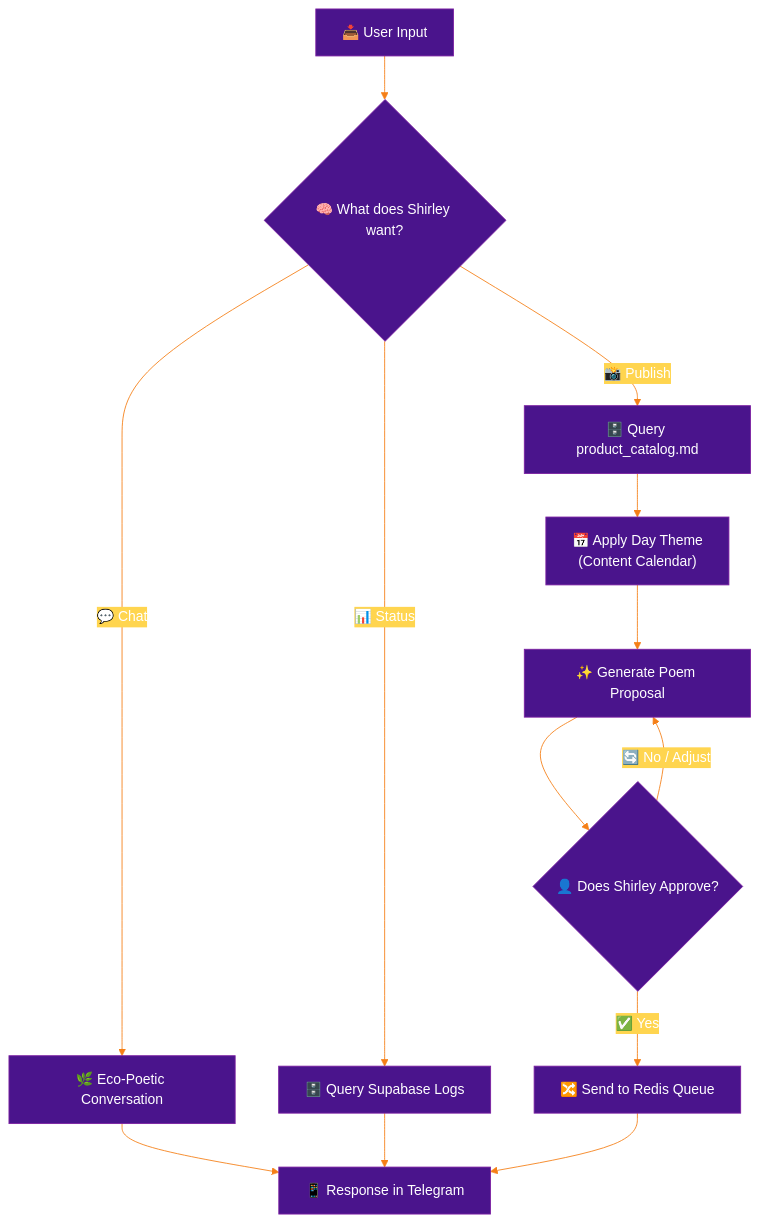
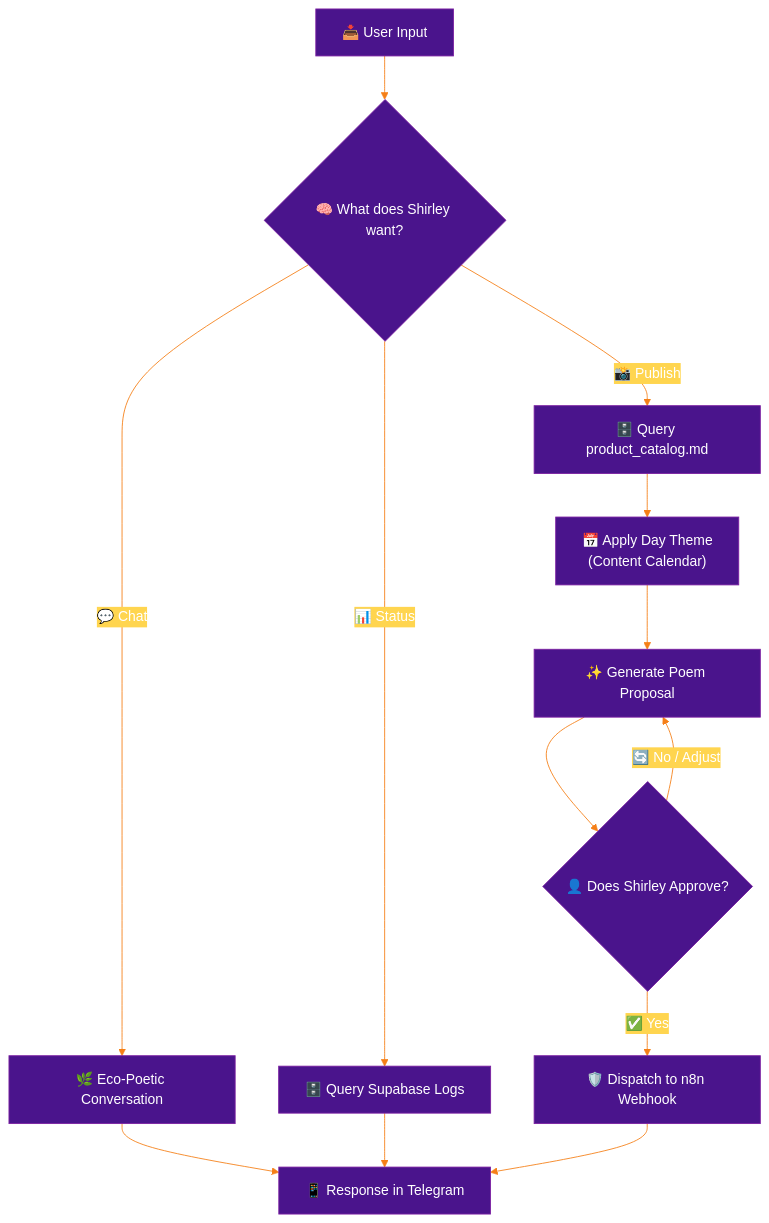
Before and after one commit to aleocampodev/LobsterMarketing: the third of 3 diagrams in specs/architecture.md, drawn with Mermaid. The commit also changed other lines of this file and 16 other files, not shown here.

First line of the commit message:
docs: remove Upstash Redis from architecture — direct HMAC webhook (ADR-003)

````diff
--- a/specs/architecture.md
+++ b/specs/architecture.md
@@ -141,31 +134,31 @@
 ```mermaid
 %%{init: {'theme': 'base', 'themeVariables': {
   'primaryColor': '#4A148C',
   'primaryTextColor': '#fff',
   'primaryBorderColor': '#7B1FA2',
   'lineColor': '#F57F17',
   'secondaryColor': '#FFD54F',
   'tertiaryColor': '#FFF8E1',
   'mainBkg': '#4A148C',
   'nodeBorder': '#7B1FA2',
   'clusterBkg': '#F3E5F5',
   'clusterBorder': '#CE93D8'
 }}}%%
 graph TD
     In["📥 User Input"] --> Detect{"🧠 What does Shirley want?"}
 
     Detect -- "💬 Chat" --> Chat["🌿 Eco-Poetic Conversation"]
     Detect -- "📸 Publish" --> DB["🗄️ Query product_catalog.md"]
     Detect -- "📊 Status" --> Stats["🗄️ Query Supabase Logs"]
 
     DB --> Template["📅 Apply Day Theme<br/>(Content Calendar)"]
     Template --> Gen["✨ Generate Poem Proposal"]
     Gen --> Approval{"👤 Does Shirley Approve?"}
 
     Approval -- "🔄 No / Adjust" --> Gen
-    Approval -- "✅ Yes" --> Dispatch["🔀 Send to Redis Queue"]
+    Approval -- "✅ Yes" --> Dispatch["🛡️ Dispatch to n8n Webhook"]
 
     Chat --> Response["📱 Response in Telegram"]
     Stats --> Response
     Dispatch --> Response
 ```
````
